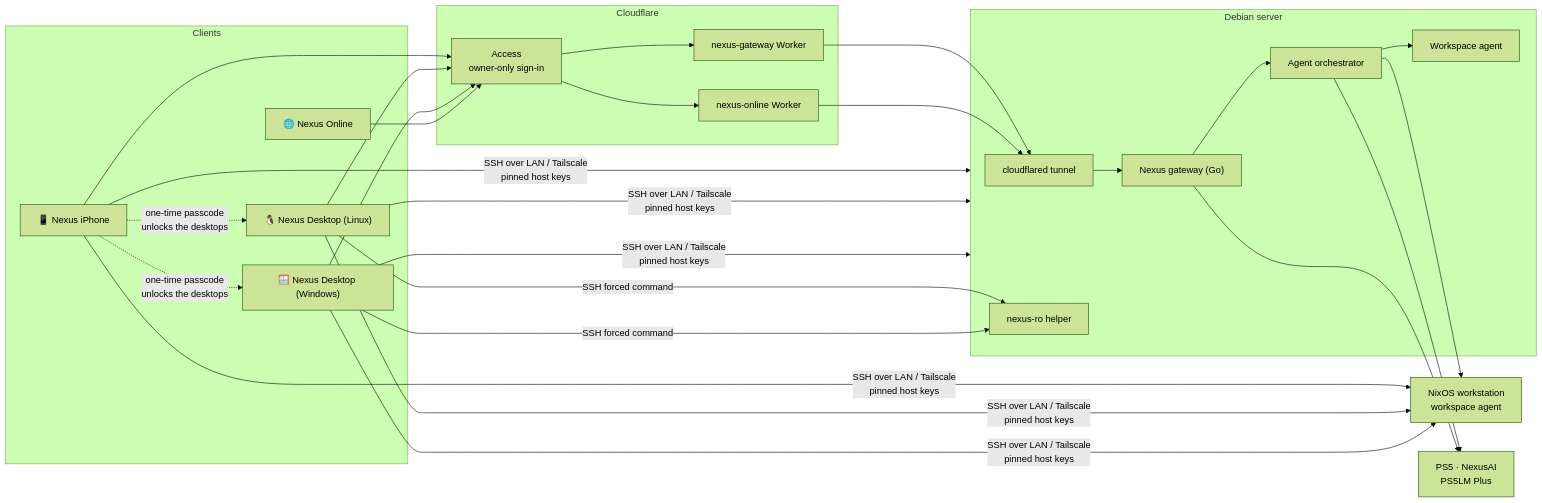
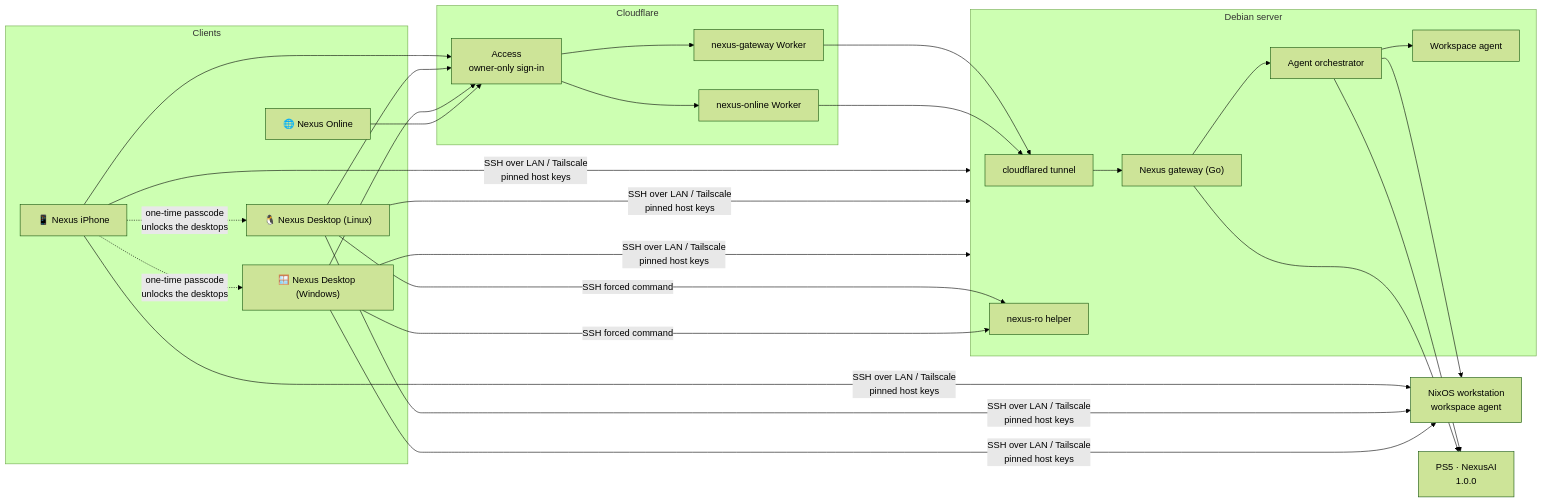
One commit to ljcatherine/Nexus changed the diagram in README.md. Above: the diagram before and after it, drawn with Mermaid (forest theme). The commit also changed other lines of this file and 7 other files, not shown here.

````diff
--- a/README.md
+++ b/README.md
@@ -93,35 +93,35 @@
 ```mermaid
 flowchart LR
     subgraph Clients
         I["📱 Nexus iPhone"]
         L["🐧 Nexus Desktop (Linux)"]
         W["🪟 Nexus Desktop (Windows)"]
         O["🌐 Nexus Online"]
     end
 
     subgraph CF["Cloudflare"]
         A["Access<br/>owner-only sign-in"]
         GWK["nexus-gateway Worker"]
         ONW["nexus-online Worker"]
     end
 
     subgraph DEB["Debian server"]
         T["cloudflared tunnel"]
         G["Nexus gateway (Go)"]
         OR["Agent orchestrator"]
         WA["Workspace agent"]
         RO["nexus-ro helper"]
     end
 
     N["NixOS workstation<br/>workspace agent"]
-    P["PS5 · NexusAI<br/>PS5LM Plus"]
+    P["PS5 · NexusAI<br/>1.0.0"]
 
     I & L & W --> A --> GWK --> T --> G
     O --> A --> ONW --> T
     G --> OR --> P
     G --> P
     OR --> WA & N
     L & W -- "SSH forced command" --> RO
     I & L & W -- "SSH over LAN / Tailscale<br/>pinned host keys" --> DEB & N
     I -. "one-time passcode<br/>unlocks the desktops" .-> L & W
 ```
````
